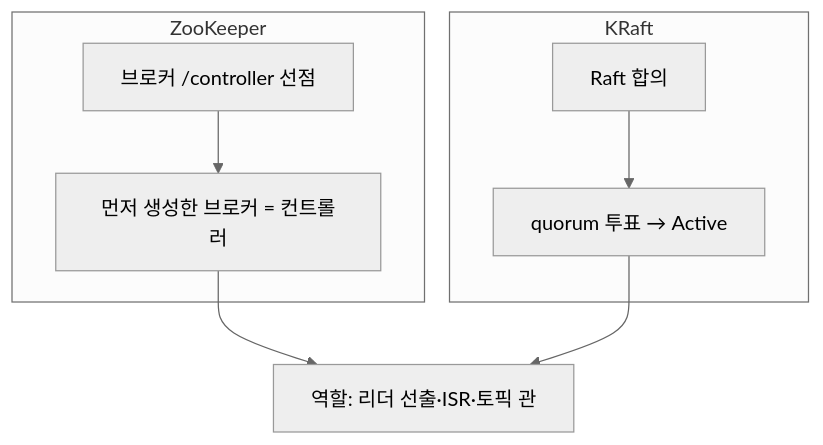
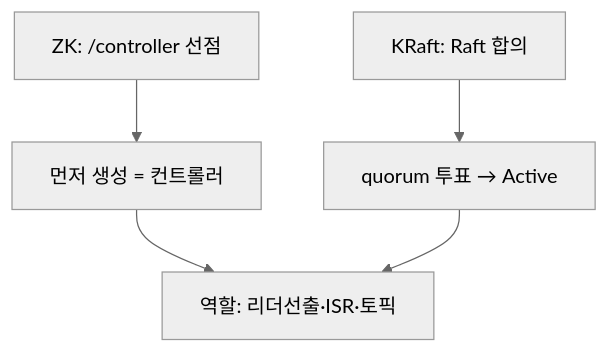
Diagram 18 of 21 in _posts/kafka/2026-05-01-kafka-internals.md (yjkim2015/yjkim2015.github.io), drawn with Mermaid (neutral theme) before and after one commit. The commit also changed other lines of this file and 155 other files, not shown here.

First line of the commit message:
Mermaid 전면 수정: subgraph 제거, participant/노드/줄수 축소 (342블록)

````diff
--- a/_posts/kafka/2026-05-01-kafka-internals.md
+++ b/_posts/kafka/2026-05-01-kafka-internals.md
@@ -542,10 +524,6 @@
 ```mermaid
 graph TD
-    subgraph zk["ZooKeeper"]
-        ZKA["브로커 /controller 선점"] --> ZKB["먼저 생성한 브로커 = 컨트롤러"]
-    end
-    subgraph kraft["KRaft"]
-        KRA["Raft 합의"] --> KRB["quorum 투표 → Active"]
-    end
-    ZKB & KRB --> DUTIES["역할: 리더 선출·ISR·토픽 관"]
+    ZKA["ZK: /controller 선점"] --> ZKB["먼저 생성 = 컨트롤러"]
+    KRA["KRaft: Raft 합의"] --> KRB["quorum 투표 → Active"]
+    ZKB & KRB --> DUTIES["역할: 리더선출·ISR·토픽"]
 ```
````
